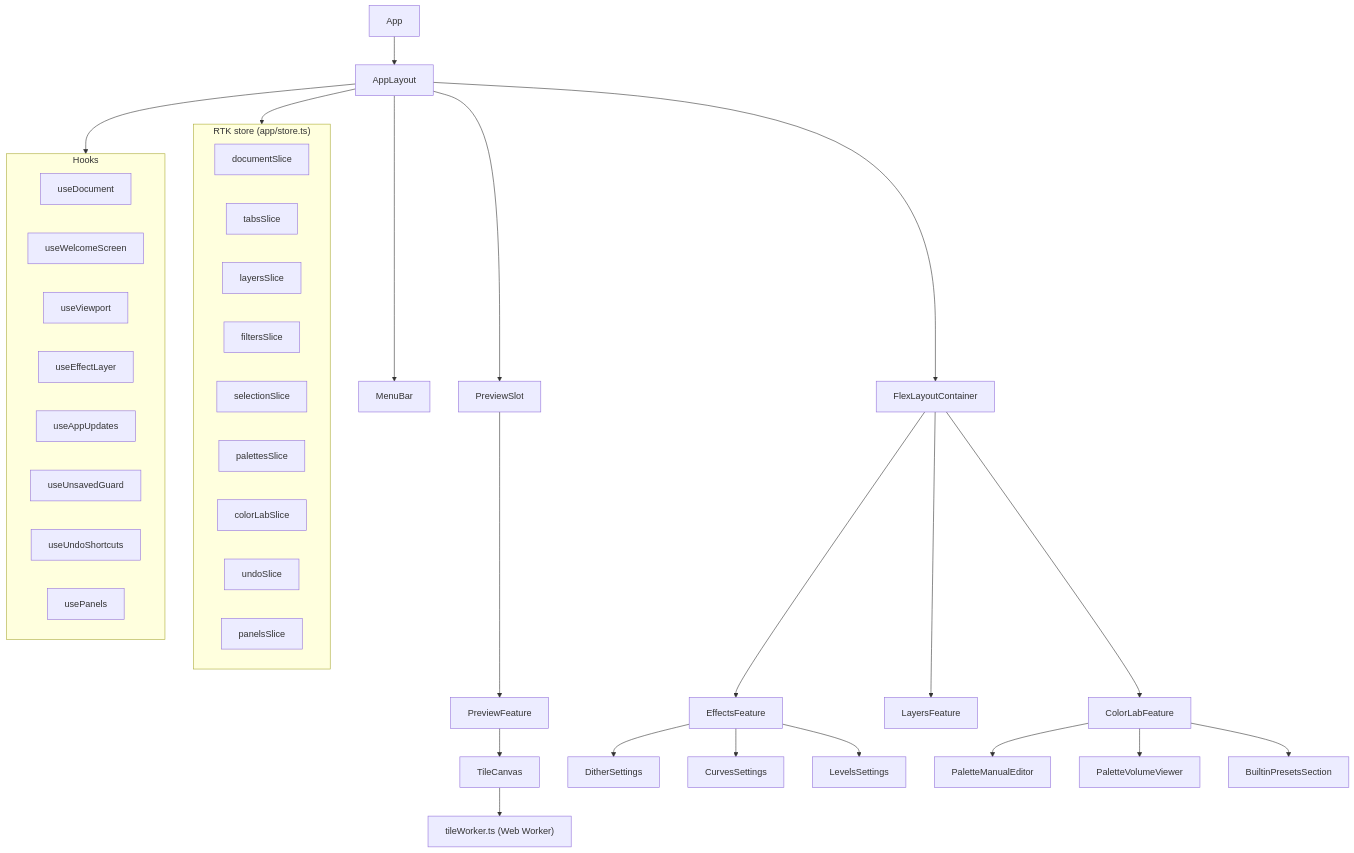
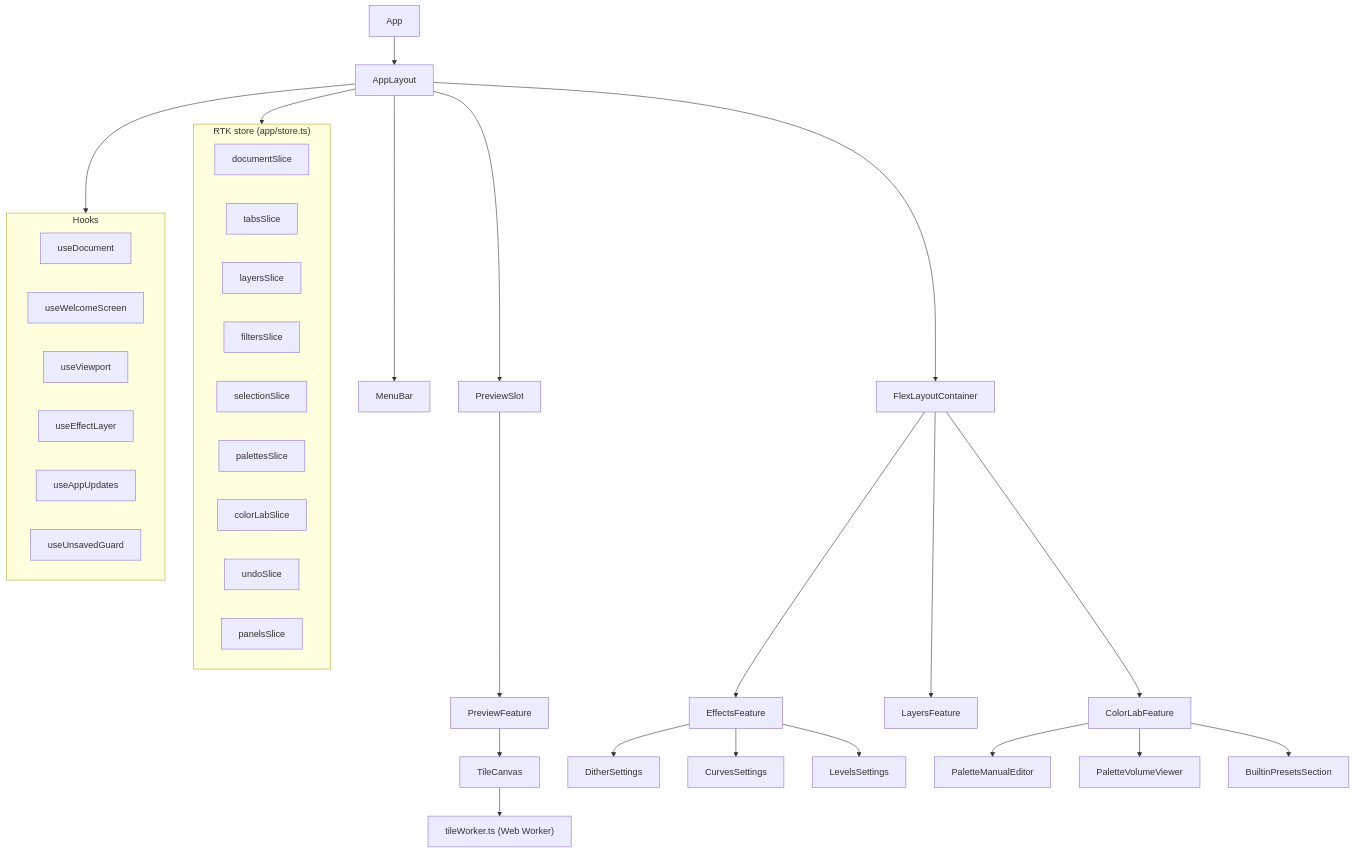
Before and after one commit to edrdavid1/dith-yuki: the fifth of 10 diagrams in docs/architecture.md, drawn with Mermaid. The commit also changed other lines of this file and 153 other files, not shown here.

````diff
--- a/docs/architecture.md
+++ b/docs/architecture.md
@@ -1140,49 +1140,47 @@
 ```mermaid
 graph TD
     App --> AppLayout
     AppLayout --> MenuBar
     AppLayout --> PreviewSlot
     AppLayout --> FlexLayoutContainer
 
     PreviewSlot --> PreviewFeature
     PreviewFeature --> TileCanvas
     TileCanvas --> tileWorker["tileWorker.ts (Web Worker)"]
 
     FlexLayoutContainer --> EffectsFeature
     FlexLayoutContainer --> LayersFeature
     FlexLayoutContainer --> ColorLabFeature
 
     EffectsFeature --> DitherSettings
     EffectsFeature --> CurvesSettings
     EffectsFeature --> LevelsSettings
 
     ColorLabFeature --> PaletteManualEditor
     ColorLabFeature --> PaletteVolumeViewer
     ColorLabFeature --> BuiltinPresetsSection
 
     subgraph Store["RTK store (app/store.ts)"]
         documentSlice
         tabsSlice
         layersSlice
         filtersSlice
         selectionSlice
         palettesSlice
         colorLabSlice
         undoSlice
         panelsSlice
     end
 
     subgraph Hooks
         useDocument
         useWelcomeScreen
         useViewport
         useEffectLayer
         useAppUpdates
         useUnsavedGuard
-        useUndoShortcuts
-        usePanels
     end
 
     AppLayout --> Hooks
     AppLayout --> Store
 ```
````
